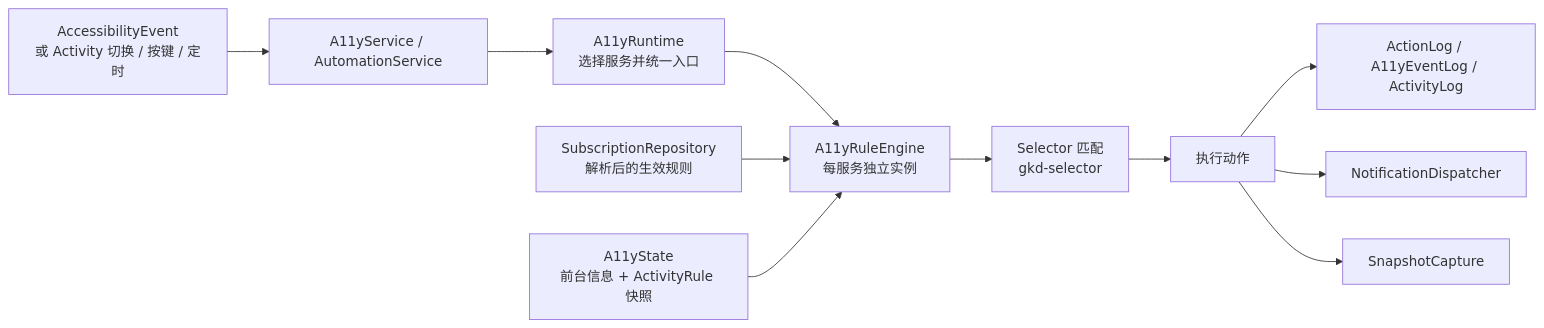
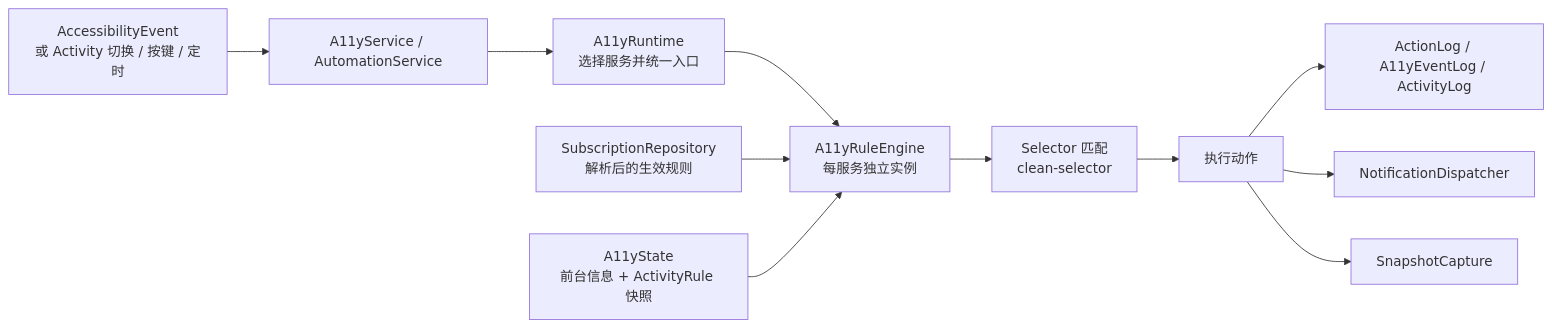
Before and after one commit to jwjwj2j/clean: the fourth of 5 diagrams in docs/02-architecture.md, drawn with Mermaid. The commit also changed other lines of this file and 475 other files, not shown here.

First line of the commit message:
refactor: 模块目录 gkd-* 改名 clean-*；README 增加捐赠区

````diff
--- a/docs/02-architecture.md
+++ b/docs/02-architecture.md
@@ -126,13 +126,13 @@
 ```mermaid
 flowchart LR
     EV["AccessibilityEvent<br/>或 Activity 切换 / 按键 / 定时"] --> AS["A11yService / AutomationService"]
     AS --> RT["A11yRuntime<br/>选择服务并统一入口"]
     RT --> ENG["A11yRuleEngine<br/>每服务独立实例"]
     SUB["SubscriptionRepository<br/>解析后的生效规则"] --> ENG
     ST["A11yState<br/>前台信息 + ActivityRule 快照"] --> ENG
-    ENG --> MATCH["Selector 匹配<br/>gkd-selector"]
+    ENG --> MATCH["Selector 匹配<br/>clean-selector"]
     MATCH --> ACT["执行动作"]
     ACT --> LOG["ActionLog / A11yEventLog / ActivityLog"]
     ACT --> NOTIF["NotificationDispatcher"]
     ACT --> SNAP["SnapshotCapture"]
 ```
````
